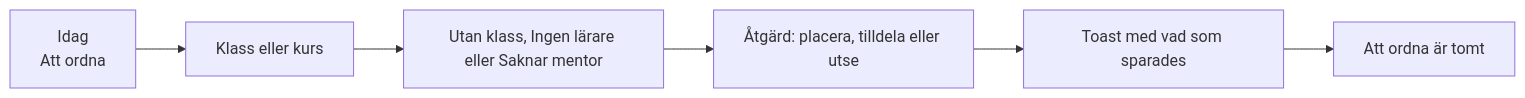
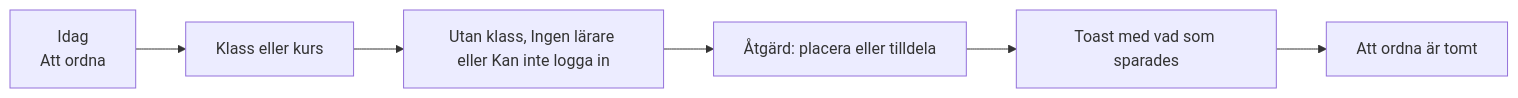
One commit to discovicke/Larka changed diagram 13 of 13 in docs/roller-och-floden.md. Above: the diagram before and after it, drawn with Mermaid. The commit also changed other lines of this file and 78 other files, not shown here.

````diff
--- a/docs/roller-och-floden.md
+++ b/docs/roller-och-floden.md
@@ -282,8 +269,8 @@
 ```mermaid
 flowchart LR
     A["Idag<br/>Att ordna"] --> B["Klass eller kurs"]
-    B --> C["Utan klass, Ingen lärare eller Saknar mentor"]
-    C --> D["Åtgärd: placera, tilldela eller utse"]
+    B --> C["Utan klass, Ingen lärare eller Kan inte logga in"]
+    C --> D["Åtgärd: placera eller tilldela"]
     D --> E["Toast med vad som sparades"]
     E --> F["Att ordna är tomt"]
 ```
````
